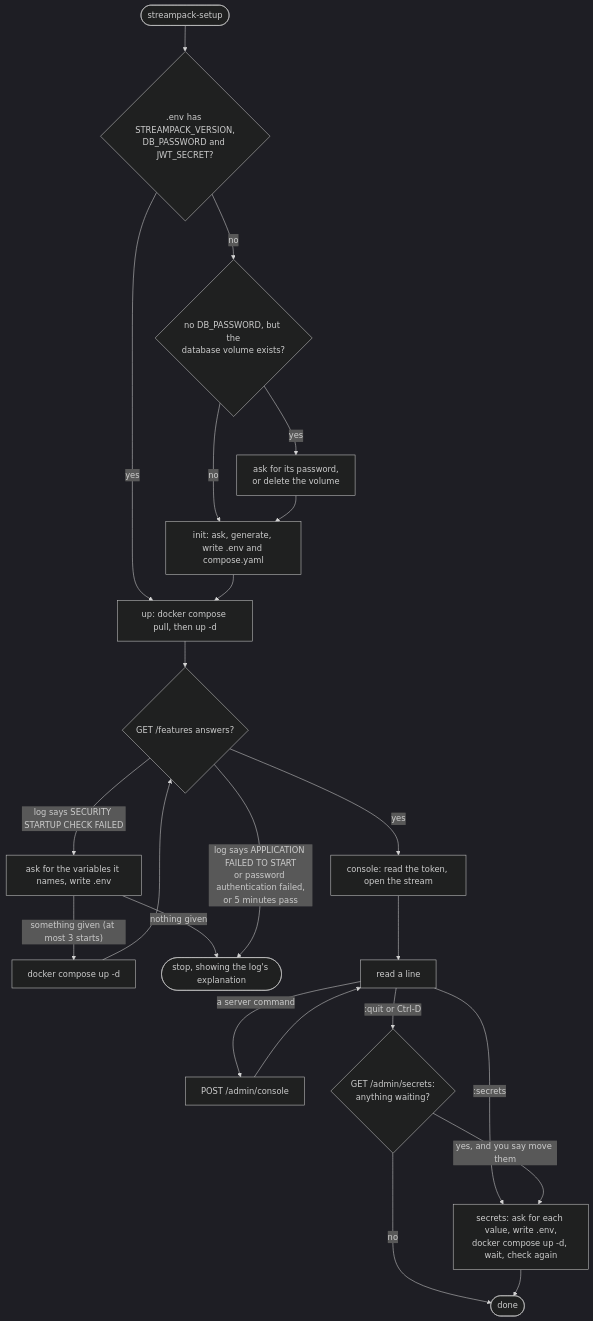
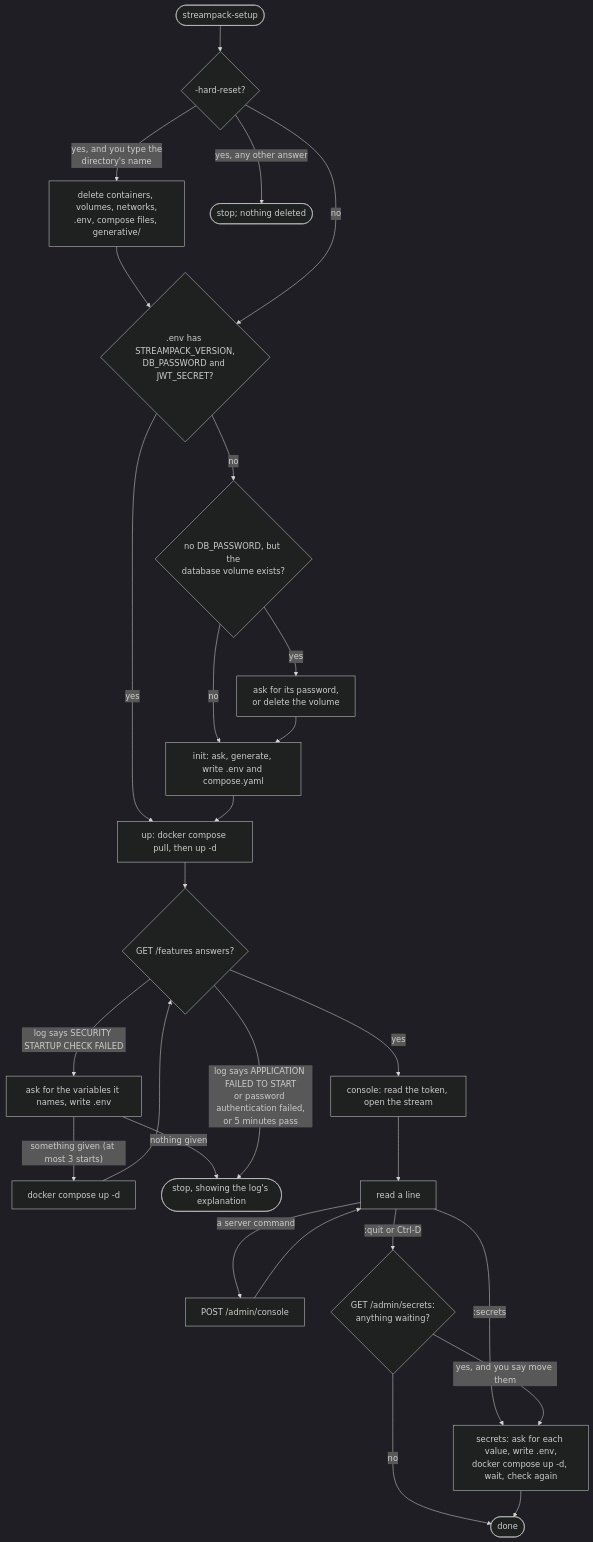
One commit to streampack-dev/setup changed the diagram in docs/explanation/execution-flow.md. Above: the diagram before and after it, drawn with Mermaid (dark theme). The commit also changed other lines of this file and 12 other files, not shown here.

First line of the commit message:
Add -hard-reset: delete a broken deployment and start from nothing (#7)

````diff
--- a/docs/explanation/execution-flow.md
+++ b/docs/explanation/execution-flow.md
@@ -5,22 +7,25 @@
 ```mermaid
 flowchart TD
-    start([streampack-setup]) --> configured{".env has STREAMPACK_VERSION,<br>DB_PASSWORD and JWT_SECRET?"}
+    start([streampack-setup]) --> reset{"-hard-reset?"}
+    reset -- "yes, and you type the<br>directory's name" --> wipe[delete containers, volumes, networks,<br>.env, compose files, generative/] --> configured
+    reset -- "yes, any other answer" --> stopped([stop; nothing deleted])
+    reset -- no --> configured{".env has STREAMPACK_VERSION,<br>DB_PASSWORD and JWT_SECRET?"}
     configured -- no --> volume{"no DB_PASSWORD, but the<br>database volume exists?"}
     volume -- "no" --> init[init: ask, generate, write .env and compose.yaml]
     volume -- "yes" --> old["ask for its password,<br>or delete the volume"] --> init
     configured -- yes --> up
     init --> up[up: docker compose pull, then up -d]
     up --> wait{"GET /features answers?"}
     wait -- "yes" --> console[console: read the token, open the stream]
     wait -- "log says SECURITY STARTUP CHECK FAILED" --> ask[ask for the variables it names, write .env]
     ask -- "something given (at most 3 starts)" --> up2[docker compose up -d] --> wait
     ask -- "nothing given" --> stop([stop, showing the log's explanation])
     wait -- "log says APPLICATION FAILED TO START<br>or password authentication failed,<br>or 5 minutes pass" --> stop
     console --> loop[read a line]
     loop -- "a server command" --> submit[POST /admin/console] --> loop
     loop -- ":secrets" --> move
     loop -- ":quit or Ctrl-D" --> left{"GET /admin/secrets:<br>anything waiting?"}
     left -- no --> done([done])
     left -- "yes, and you say move them" --> move[secrets: ask for each value, write .env,<br>docker compose up -d, wait, check again]
     move --> done
 ```
````
